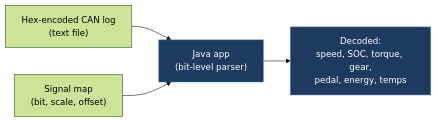
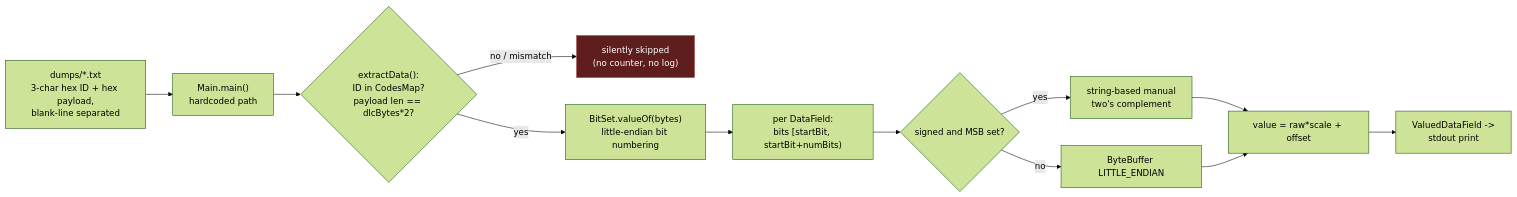
One commit to babico/TeslaCANModder changed the first of 2 diagrams in docs/legacy/SlipknotTN-Tesla_CanBus_Reader.md. Above: the diagram before and after it, drawn with Mermaid (forest theme). The commit also changed other lines of this file and 99 other files, not shown here.

````diff
--- a/docs/legacy/SlipknotTN-Tesla_CanBus_Reader.md
+++ b/docs/legacy/SlipknotTN-Tesla_CanBus_Reader.md
@@ -19,8 +79,16 @@
 ```mermaid
 flowchart LR
-    Log["Hex-encoded CAN log<br/>(text file)"] --> Java["Java app<br/>(bit-level parser)"]
-    Signal["Signal map<br/>(bit, scale, offset)"] --> Java
-    Java --> Decode["Decoded:<br/>speed, SOC, torque, gear,<br/>pedal, energy, temps"]
-    classDef path fill:#1e3a5f,stroke:#4a7fb5,color:#fff
-    class Java,Decode path
+    Dump["dumps/*.txt<br/>3-char hex ID + hex payload,<br/>blank-line separated"] --> Main["Main.main()<br/>hardcoded path"]
+    Main --> Gate{"extractData():<br/>ID in CodesMap?<br/>payload len == dlcBytes*2?"}
+    Gate -->|"no / mismatch"| Drop["silently skipped<br/>(no counter, no log)"]
+    Gate -->|"yes"| Bits["BitSet.valueOf(bytes)<br/>little-endian bit numbering"]
+    Bits --> Field["per DataField:<br/>bits [startBit, startBit+numBits)"]
+    Field --> Sign{"signed and MSB set?"}
+    Sign -->|"yes"| TwoC["string-based manual<br/>two's complement"]
+    Sign -->|"no"| Le["ByteBuffer LITTLE_ENDIAN"]
+    TwoC --> Scale["value = raw*scale + offset"]
+    Le --> Scale
+    Scale --> Out["ValuedDataField -><br/>stdout print"]
+    classDef drop fill:#5f1e1e,stroke:#b54a4a,color:#fff
+    class Drop drop
 ```
````
